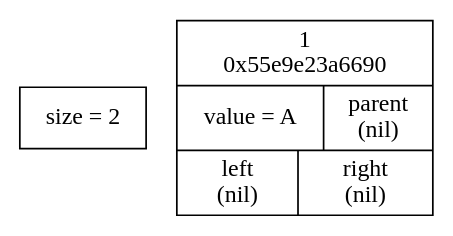
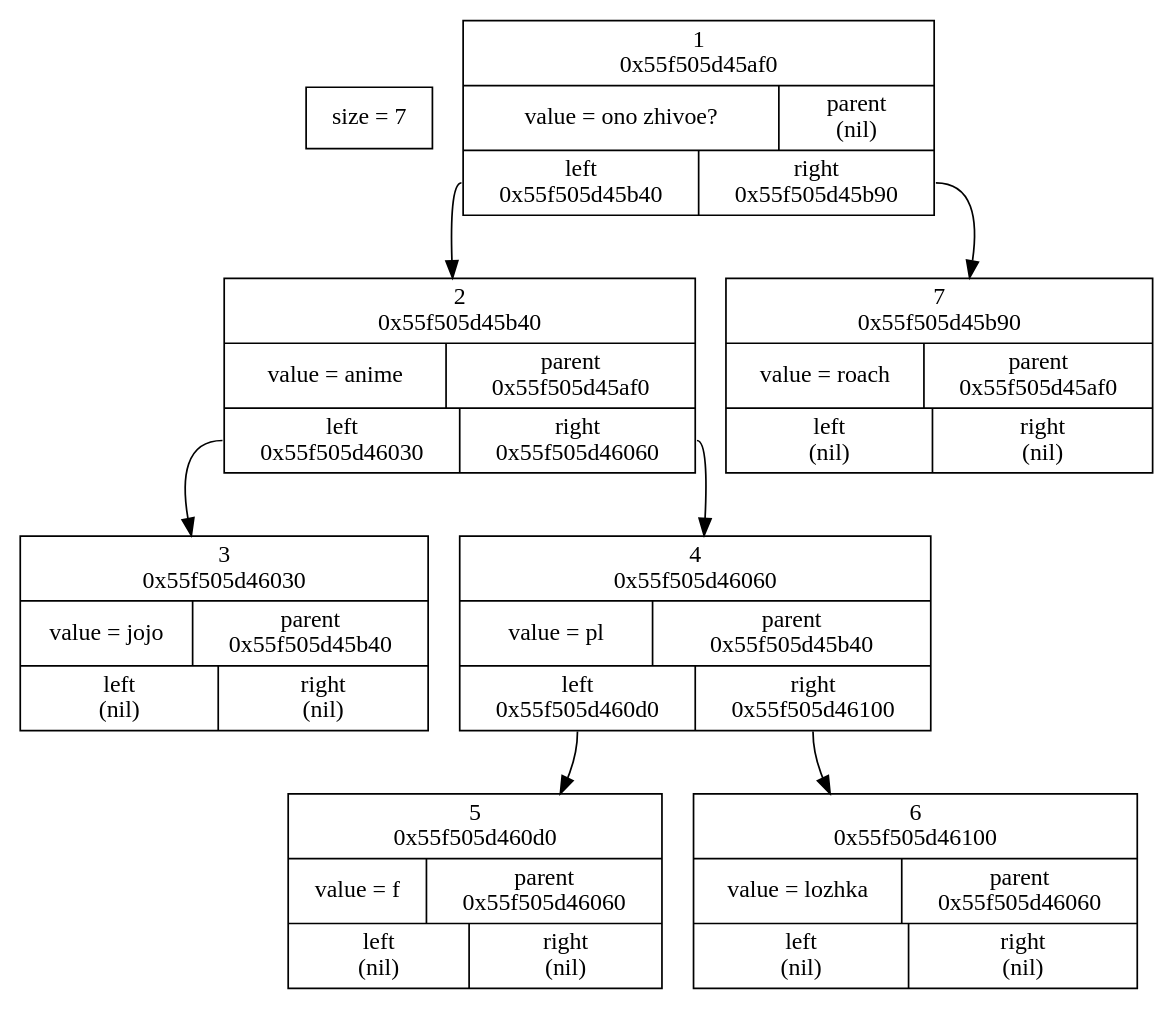
Before and after one commit to snumbrikvolgo/1_sem: the diagram in Akinator/dump.dot, drawn with Graphviz. The commit also changed 13 other files, not shown here.

```diff
--- a/Akinator/dump.dot
+++ b/Akinator/dump.dot
@@ -1,13 +1,43 @@
 digraph Tree
 {
 rankdir=TB
 		node [ shape = "box", color = "black" ]
 		edge [ color = "black" ]
 
-	size [ label ="size = 2" ]
+	size [ label ="size = 7" ]
 
 subgraph clust_1{
 randir = HR;
-	elem_1 [ shape = "record", label = "{ <pointer> 1\n0x55e9e23a6690|  { value = A\n  | <parent> parent\n(nil) } | { <left> left\n(nil) | <right> right\n(nil) } }"]}
+	elem_1 [ shape = "record", label = "{ <pointer> 1\n0x55f505d45af0|  { value = ono zhivoe?\n  | <parent> parent\n(nil) } | { <left> left\n0x55f505d45b40 | <right> right\n0x55f505d45b90 } }"]}
 
+subgraph clust_2{
+randir = HR;
+	elem_2 [ shape = "record", label = "{ <pointer> 2\n0x55f505d45b40|  { value = anime\n  | <parent> parent\n0x55f505d45af0 } | { <left> left\n0x55f505d46030 | <right> right\n0x55f505d46060 } }"]}
+
+		elem_1:<left> -> elem_2
+subgraph clust_3{
+randir = HR;
+	elem_3 [ shape = "record", label = "{ <pointer> 3\n0x55f505d46030|  { value = jojo\n  | <parent> parent\n0x55f505d45b40 } | { <left> left\n(nil) | <right> right\n(nil) } }"]}
+
+		elem_2:<left> -> elem_3
+subgraph clust_4{
+randir = HR;
+	elem_4 [ shape = "record", label = "{ <pointer> 4\n0x55f505d46060|  { value = pl\n  | <parent> parent\n0x55f505d45b40 } | { <left> left\n0x55f505d460d0 | <right> right\n0x55f505d46100 } }"]}
+
+		elem_2:<right> -> elem_4
+subgraph clust_5{
+randir = HR;
+	elem_5 [ shape = "record", label = "{ <pointer> 5\n0x55f505d460d0|  { value = f\n  | <parent> parent\n0x55f505d46060 } | { <left> left\n(nil) | <right> right\n(nil) } }"]}
+
+		elem_4:<left> -> elem_5
+subgraph clust_6{
+randir = HR;
+	elem_6 [ shape = "record", label = "{ <pointer> 6\n0x55f505d46100|  { value = lozhka\n  | <parent> parent\n0x55f505d46060 } | { <left> left\n(nil) | <right> right\n(nil) } }"]}
+
+		elem_4:<right> -> elem_6
+subgraph clust_7{
+randir = HR;
+	elem_7 [ shape = "record", label = "{ <pointer> 7\n0x55f505d45b90|  { value = roach\n  | <parent> parent\n0x55f505d45af0 } | { <left> left\n(nil) | <right> right\n(nil) } }"]}
+
+		elem_1:<right> -> elem_7
 }
```
